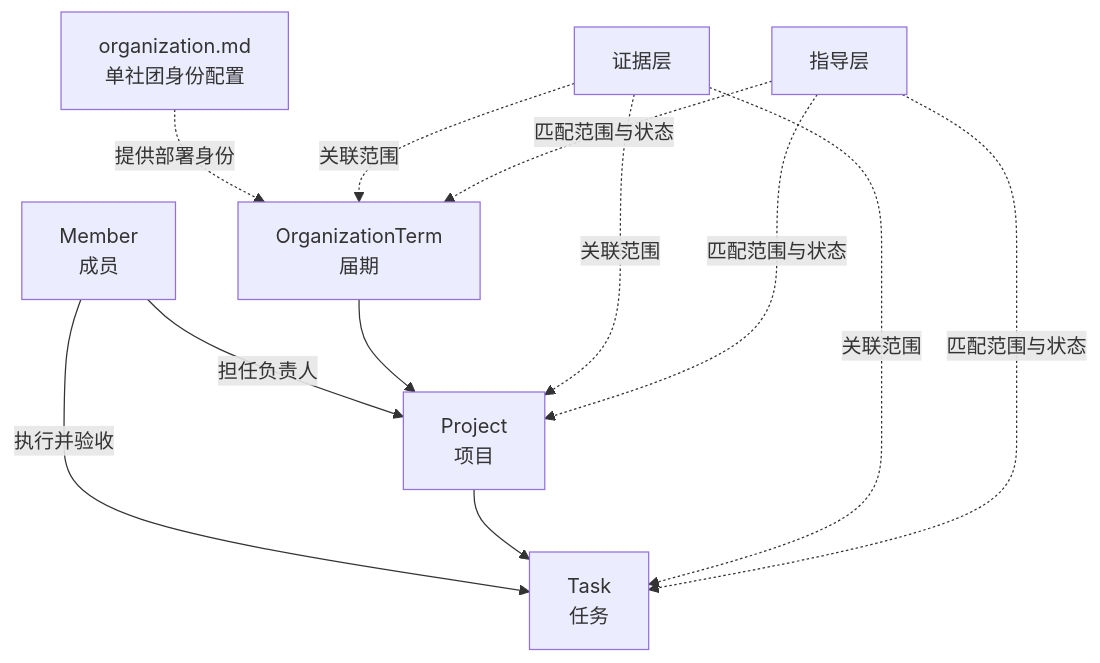
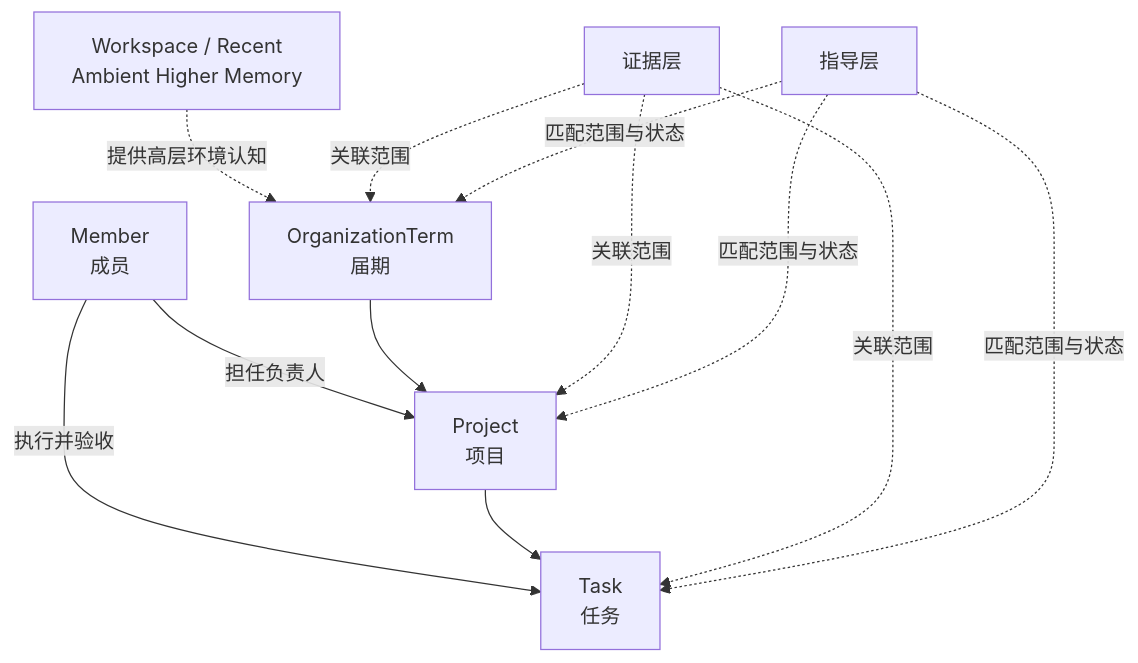
The diagram in docs/architecture/05-状态层周期与工作记忆设计.md (USTC-Student-TableTennisAssociation/association-management), drawn with Mermaid before and after one commit. The commit also changed other lines of this file and 31 other files, not shown here.

Commit message:
feat: add ambient higher memory

````diff
--- a/docs/architecture/05-状态层周期与工作记忆设计.md
+++ b/docs/architecture/05-状态层周期与工作记忆设计.md
@@ -16,15 +18,15 @@
 ```mermaid
 flowchart TD
-  profile["organization.md<br/>单社团身份配置"] -. 提供部署身份 .-> term["OrganizationTerm<br/>届期"]
+  ambient["Workspace / Recent<br/>Ambient Higher Memory"] -. 提供高层环境认知 .-> term["OrganizationTerm<br/>届期"]
   member["Member<br/>成员"] -->|担任负责人| project["Project<br/>项目"]
   member -->|执行并验收| task["Task<br/>任务"]
   term --> project
   project --> task
 
   evidence["证据层"] -. 关联范围 .-> term
   evidence -. 关联范围 .-> project
   evidence -. 关联范围 .-> task
   guidance["指导层"] -. 匹配范围与状态 .-> term
   guidance -. 匹配范围与状态 .-> project
   guidance -. 匹配范围与状态 .-> task
 ```
````
